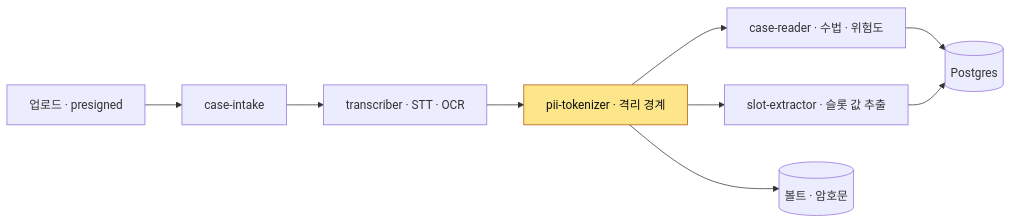
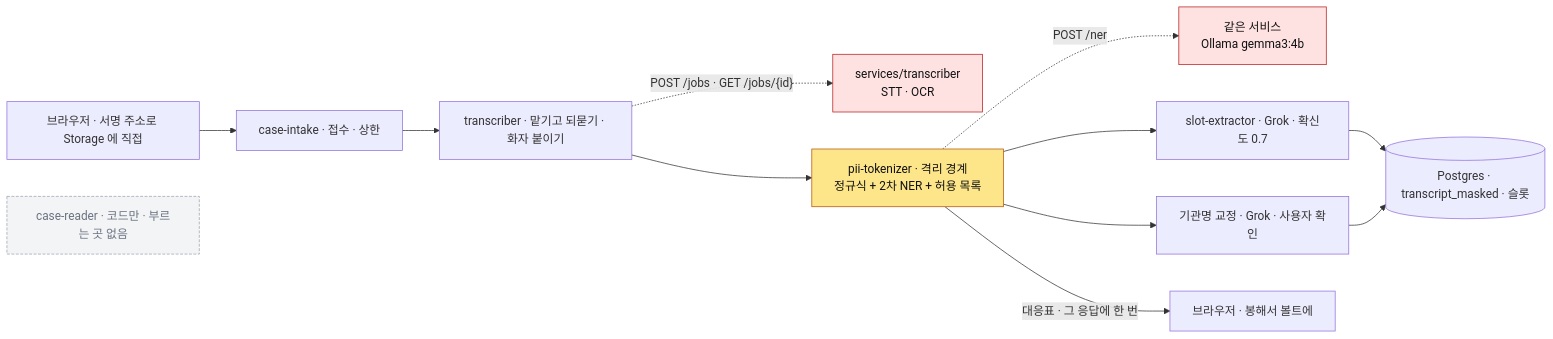
Before and after one commit to Dojaegyum/fsec-ai-challenge: the second of 9 diagrams in ARCHITECTURE.md, drawn with Mermaid. The commit also changed other lines of this file and 9 other files, not shown here.

First line of the commit message:
ARCHITECTURE.md 를 2026-09-06 main 기준으로 다시 쓴다 — 앱 밖 모델 서비스 · 볼트 · 크론 셋 · 실제 데이터 흐름을 그리고 미결 절은 없앤다 (doc-gardening 셋째 손질)

````diff
--- a/ARCHITECTURE.md
+++ b/ARCHITECTURE.md
@@ -152,13 +193,19 @@
 ```mermaid
 flowchart LR
-    UP["업로드 · presigned"] --> INTAKE["case-intake"]
-    INTAKE --> TR["transcriber · STT · OCR"]
-    TR --> TOK["pii-tokenizer · 격리 경계"]
-    TOK --> READER["case-reader · 수법 · 위험도"]
-    TOK --> SX["slot-extractor · 슬롯 값 추출"]
-    READER --> DB[("Postgres")]
-    SX --> DB
-    TOK --> VAULT[("볼트 · 암호문")]
+    UP["브라우저 · 서명 주소로 Storage 에 직접"] --> INTAKE["case-intake · 접수 · 상한"]
+    INTAKE --> TR["transcriber · 맡기고 되묻기 · 화자 붙이기"]
+    TR -.->|"POST /jobs · GET /jobs/{id}"| SVC["services/transcriber<br/>STT · OCR"]
+    TR --> TOK["pii-tokenizer · 격리 경계<br/>정규식 + 2차 NER + 허용 목록"]
+    TOK -.->|"POST /ner"| NERSVC["같은 서비스<br/>Ollama gemma3:4b"]
+    TOK --> SX["slot-extractor · Grok · 확신도 0.7"]
+    TOK --> ORG["기관명 교정 · Grok · 사용자 확인"]
+    SX --> DB[("Postgres · transcript_masked · 슬롯")]
+    ORG --> DB
+    TOK -- "대응표 · 그 응답에 한 번" --> BR["브라우저 · 봉해서 볼트에"]
+    READER["case-reader · 코드만 · 부르는 곳 없음"]
 
     style TOK fill:#fde68a,stroke:#b45309,color:#111
+    style SVC fill:#fee2e2,stroke:#b91c1c,color:#111
+    style NERSVC fill:#fee2e2,stroke:#b91c1c,color:#111
+    style READER fill:#f3f4f6,stroke:#9ca3af,color:#6b7280,stroke-dasharray: 4 2
 ```
````
